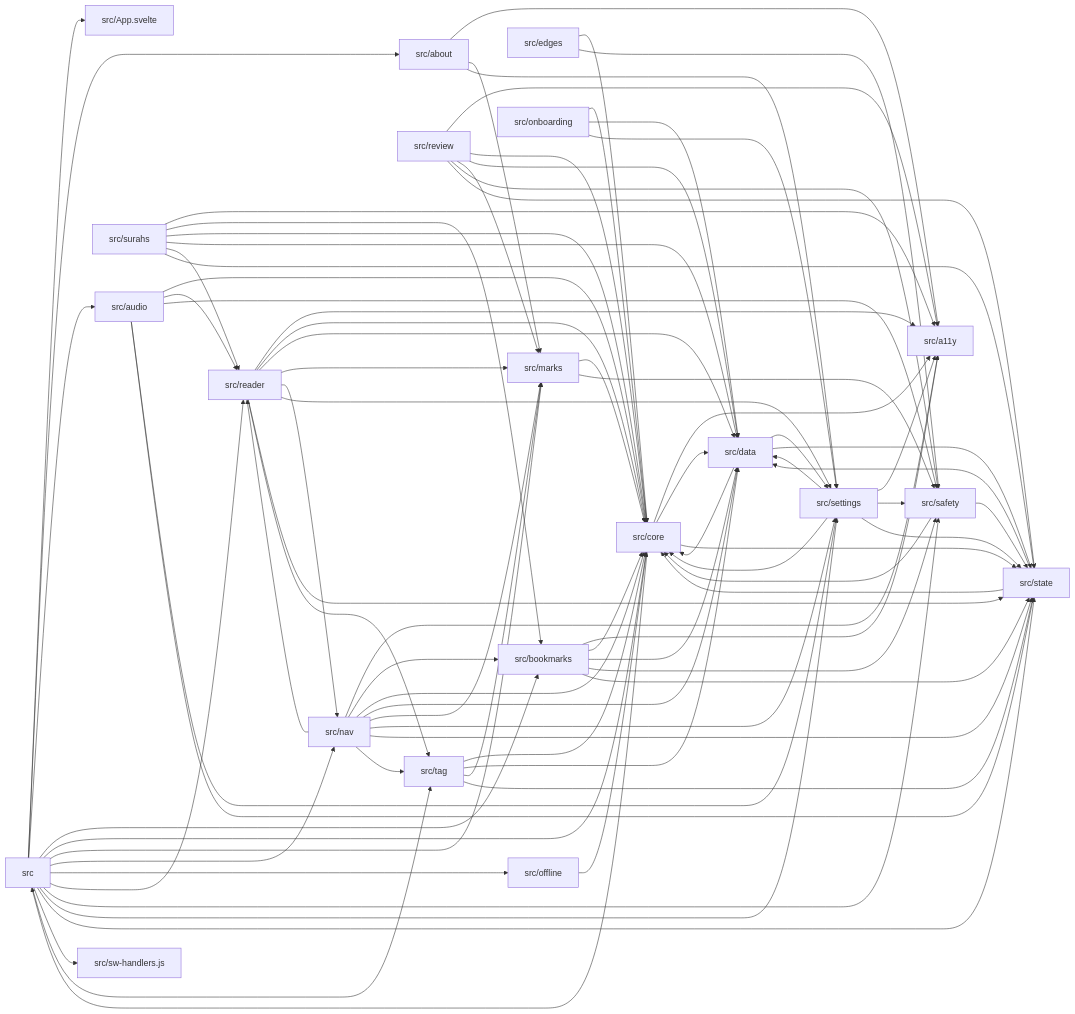
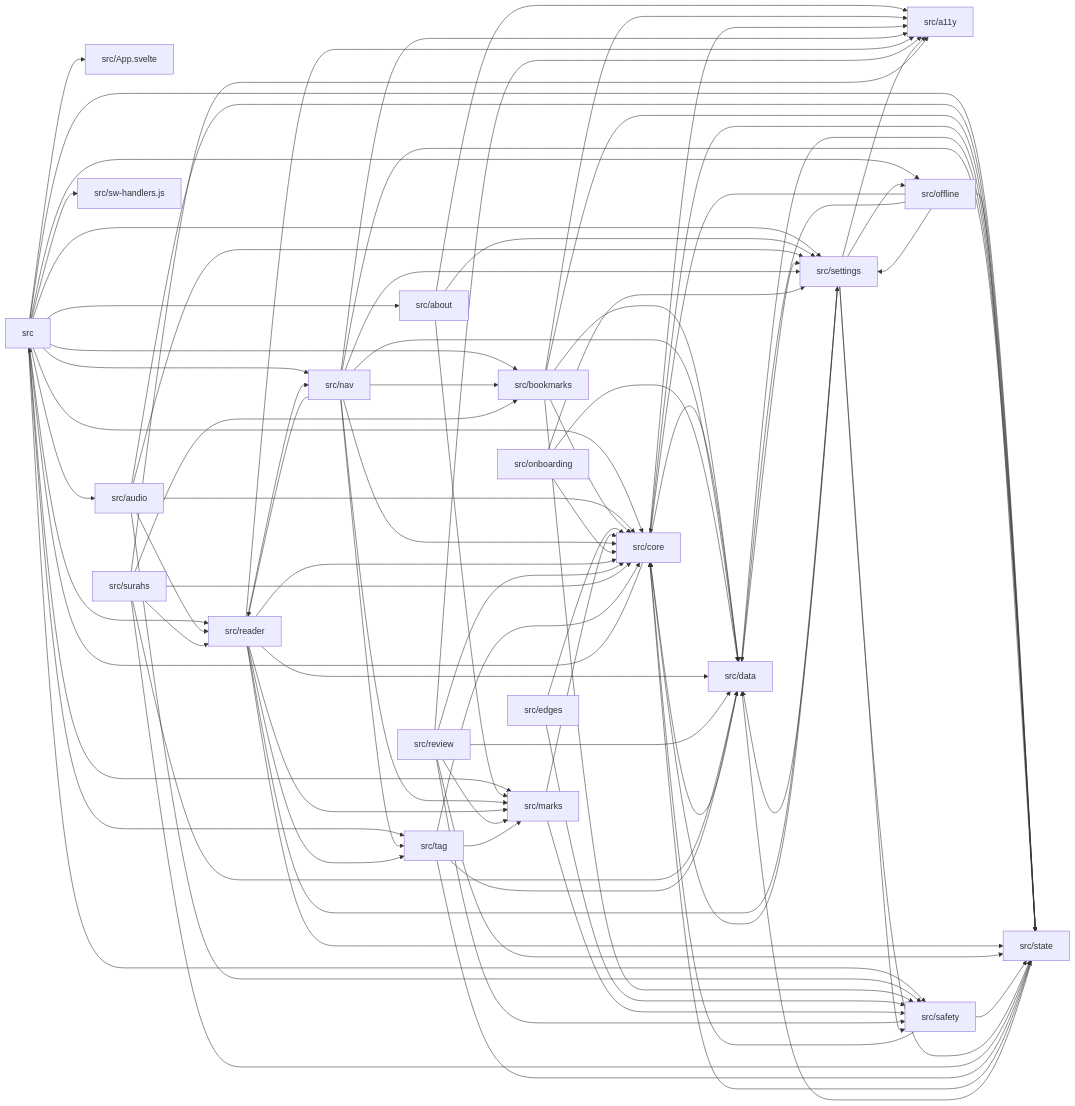
The diagram in docs/context/module-graph.md (Omar-MD/QuranAtlas), drawn with Mermaid before and after one commit. The commit also changed other lines of this file and 29 other files, not shown here.

```diff
--- a/docs/context/module-graph.md
+++ b/docs/context/module-graph.md
@@ -78,6 +78,9 @@
   src_nav --> src_state
   src_nav --> src_tag
   src_offline --> src_core
+  src_offline --> src_data
+  src_offline --> src_settings
+  src_offline --> src_state
   src_onboarding --> src_core
   src_onboarding --> src_data
   src_onboarding --> src_settings
@@ -100,6 +103,7 @@
   src_settings --> src_a11y
   src_settings --> src_core
   src_settings --> src_data
+  src_settings --> src_offline
   src_settings --> src_safety
   src_settings --> src_state
   src_state --> src_core
```
